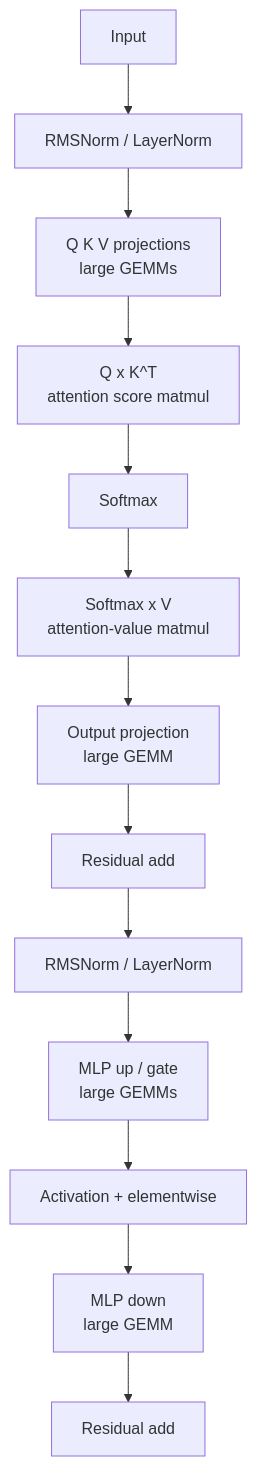
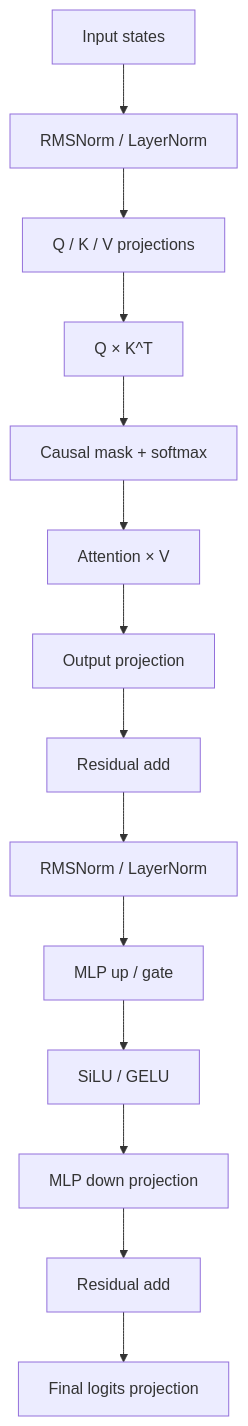
Before and after one commit to nawab-ali/mlsys-prep: the fifth of 7 diagrams in nvidia/02_gpu_execution_model.md, drawn with Mermaid. The commit also changed other lines of this file, not shown here.

````diff
--- a/nvidia/02_gpu_execution_model.md
+++ b/nvidia/02_gpu_execution_model.md
@@ -440,18 +451,16 @@
 ```mermaid
 flowchart TD
-  X[Input]
-  N1[RMSNorm / LayerNorm]
-  QKV[Q K V projections\nlarge GEMMs]
-  S1[Q x K^T\nattention score matmul]
-  S2[Softmax]
-  S3[Softmax x V\nattention-value matmul]
-  O[Output projection\nlarge GEMM]
-  R1[Residual add]
-  N2[RMSNorm / LayerNorm]
-  M1[MLP up / gate\nlarge GEMMs]
-  A[Activation + elementwise]
-  M2[MLP down\nlarge GEMM]
-  R2[Residual add]
-
-  X --> N1 --> QKV --> S1 --> S2 --> S3 --> O --> R1 --> N2 --> M1 --> A --> M2 --> R2
+    X[Input states] --> N1[RMSNorm / LayerNorm]
+    N1 --> QKV[Q / K / V projections]
+    QKV --> Score[Q × K^T]
+    Score --> Mask[Causal mask + softmax]
+    Mask --> AV[Attention × V]
+    AV --> OP[Output projection]
+    OP --> R1[Residual add]
+    R1 --> N2[RMSNorm / LayerNorm]
+    N2 --> UG[MLP up / gate]
+    UG --> Act[SiLU / GELU]
+    Act --> DP[MLP down projection]
+    DP --> R2[Residual add]
+    R2 --> Logits[Final logits projection]
 ```
````
